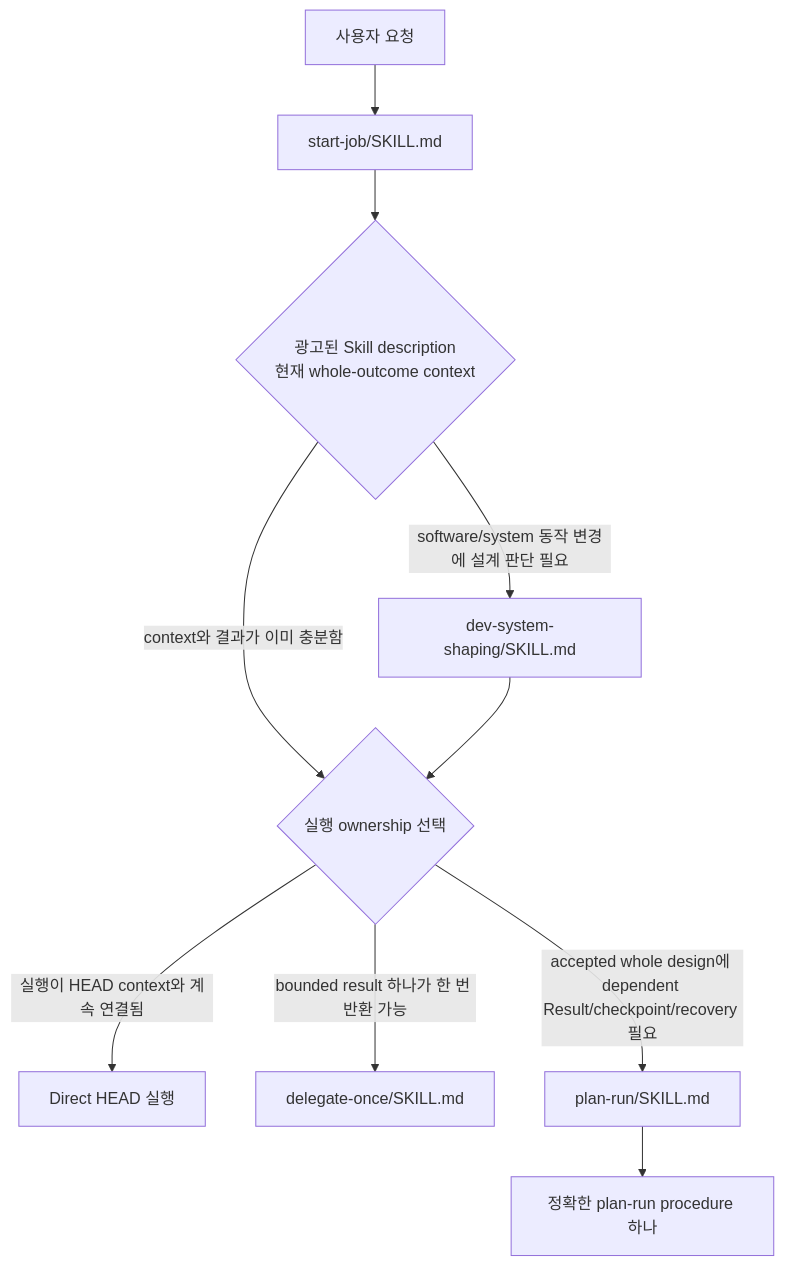
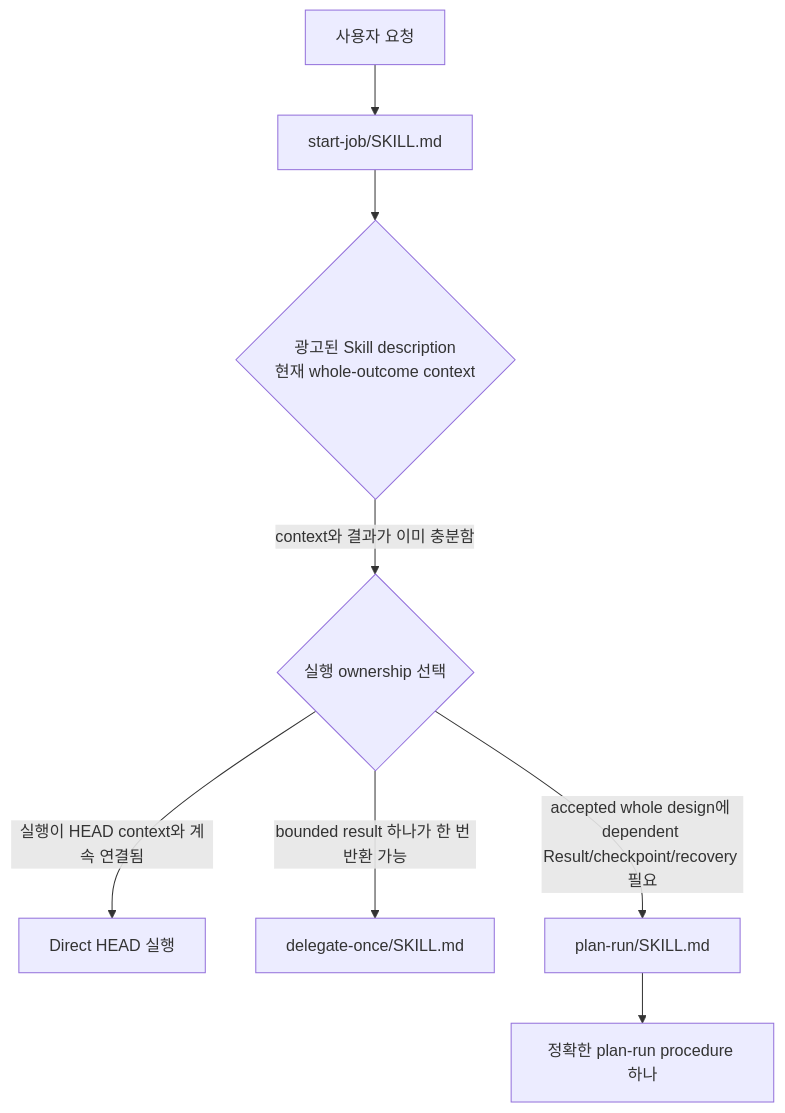
The first of 2 diagrams in packages/core/theory/context-management/ko/instruction-routing-map.md (Won6314/head-agent-core), drawn with Mermaid before and after one commit. The commit also changed other lines of this file and 17 other files, not shown here.

````diff
--- a/packages/core/theory/context-management/ko/instruction-routing-map.md
+++ b/packages/core/theory/context-management/ko/instruction-routing-map.md
@@ -22,12 +22,10 @@
 ```mermaid
 flowchart TD
     R["사용자 요청"] --> SJ["start-job/SKILL.md"]
     SJ --> S{"광고된 Skill description<br/>현재 whole-outcome context"}
-    S -->|"software/system 동작 변경에 설계 판단 필요"| DS["dev-system-shaping/SKILL.md"]
     S -->|"context와 결과가 이미 충분함"| M{"실행 ownership 선택"}
-    DS --> M
     M -->|"실행이 HEAD context와 계속 연결됨"| DIRECT["Direct HEAD 실행"]
     M -->|"bounded result 하나가 한 번 반환 가능"| ONCE["delegate-once/SKILL.md"]
     M -->|"accepted whole design에 dependent Result/checkpoint/recovery 필요"| PLAN["plan-run/SKILL.md"]
     PLAN --> PROCEDURE["정확한 plan-run procedure 하나"]
 ```
````
